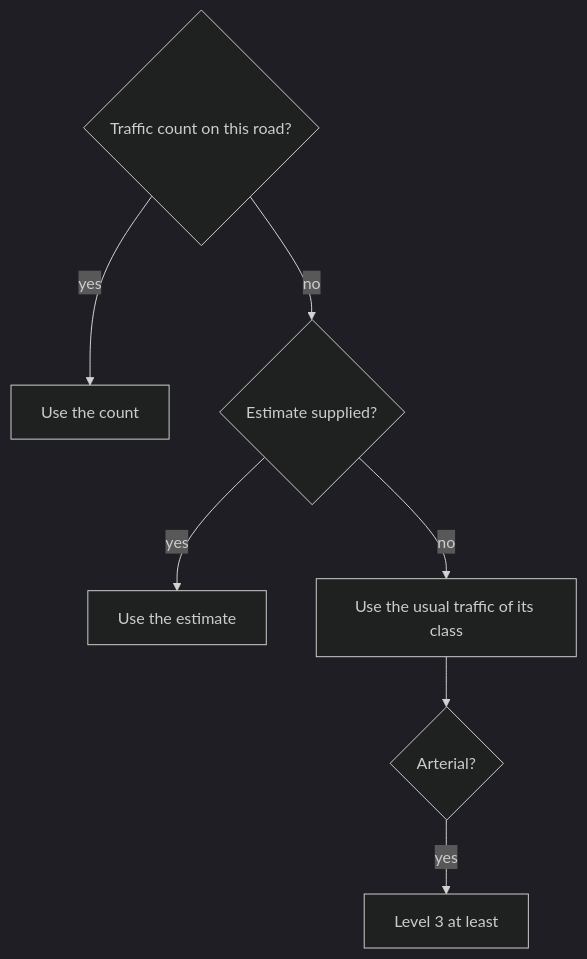
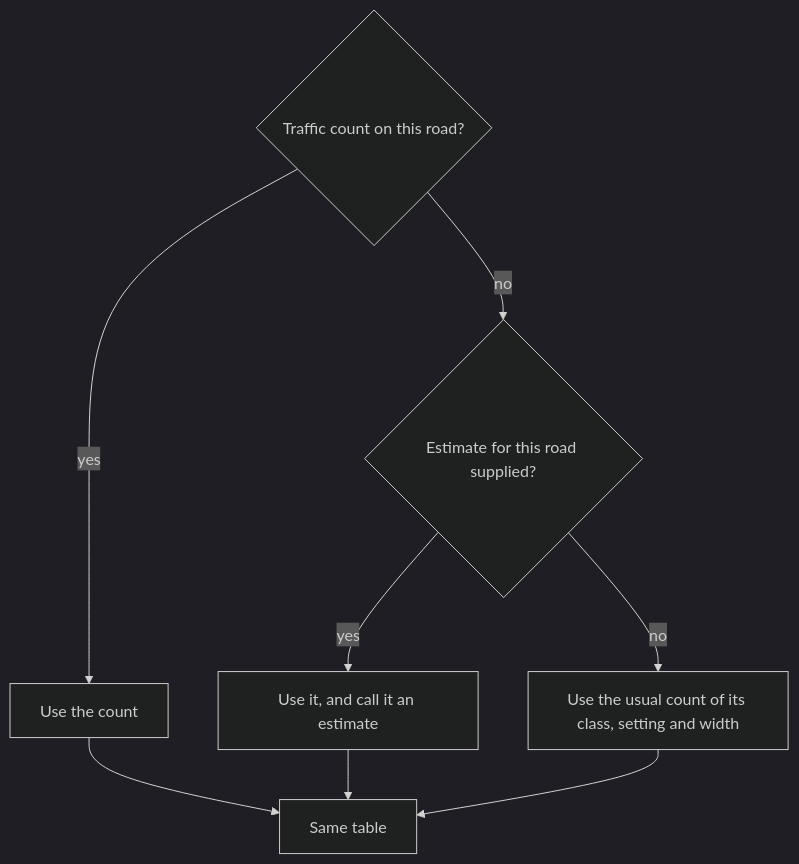
One commit to Macrophage87/RouteMaker changed the fourth of 13 diagrams in docs/stress/classification.md. Above: the diagram before and after it, drawn with Mermaid (dark theme). The commit also changed other lines of this file and 1 other file, not shown here.

First line of the commit message:
Stress docs, review r1: speeds by state, measured class counts, the rural table, the missing-data rule, the service-road diagram

````diff
--- a/docs/stress/classification.md
+++ b/docs/stress/classification.md
@@ -269,9 +307,10 @@
 ```mermaid
 flowchart TD
     A{"Traffic count on this road?"} -- yes --> C["Use the count"]
-    A -- no --> B{"Estimate supplied?"}
-    B -- yes --> E["Use the estimate"]
-    B -- no --> K["Use the usual traffic of its class"]
-    K --> F{"Arterial?"}
-    F -- yes --> G["Level 3 at least"]
+    A -- no --> B{"Estimate for this road supplied?"}
+    B -- yes --> E["Use it, and call it an estimate"]
+    B -- no --> K["Use the usual count of its class, setting and width"]
+    C --> T["Same table"]
+    E --> T
+    K --> T
 ```
````
